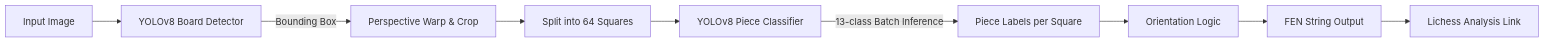
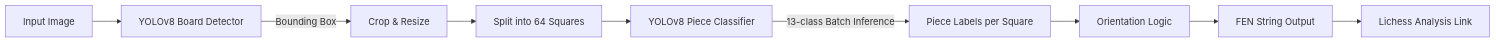
The diagram in README.md (Demerdashh/chess-vision-fen), drawn with Mermaid before and after one commit. The commit also changed other lines of this file and 157 other files, not shown here.

````diff
--- a/README.md
+++ b/README.md
@@ -46,11 +49,11 @@
 ```mermaid
 flowchart LR
     A[Input Image] --> B[YOLOv8 Board Detector]
-    B -- Bounding Box --> C[Perspective Warp & Crop]
+    B -- Bounding Box --> C[Crop & Resize]
     C --> D[Split into 64 Squares]
     D --> E[YOLOv8 Piece Classifier]
     E -- 13-class Batch Inference --> F[Piece Labels per Square]
     F --> G[Orientation Logic]
     G --> H[FEN String Output]
     H --> I[Lichess Analysis Link]
 ```
````
